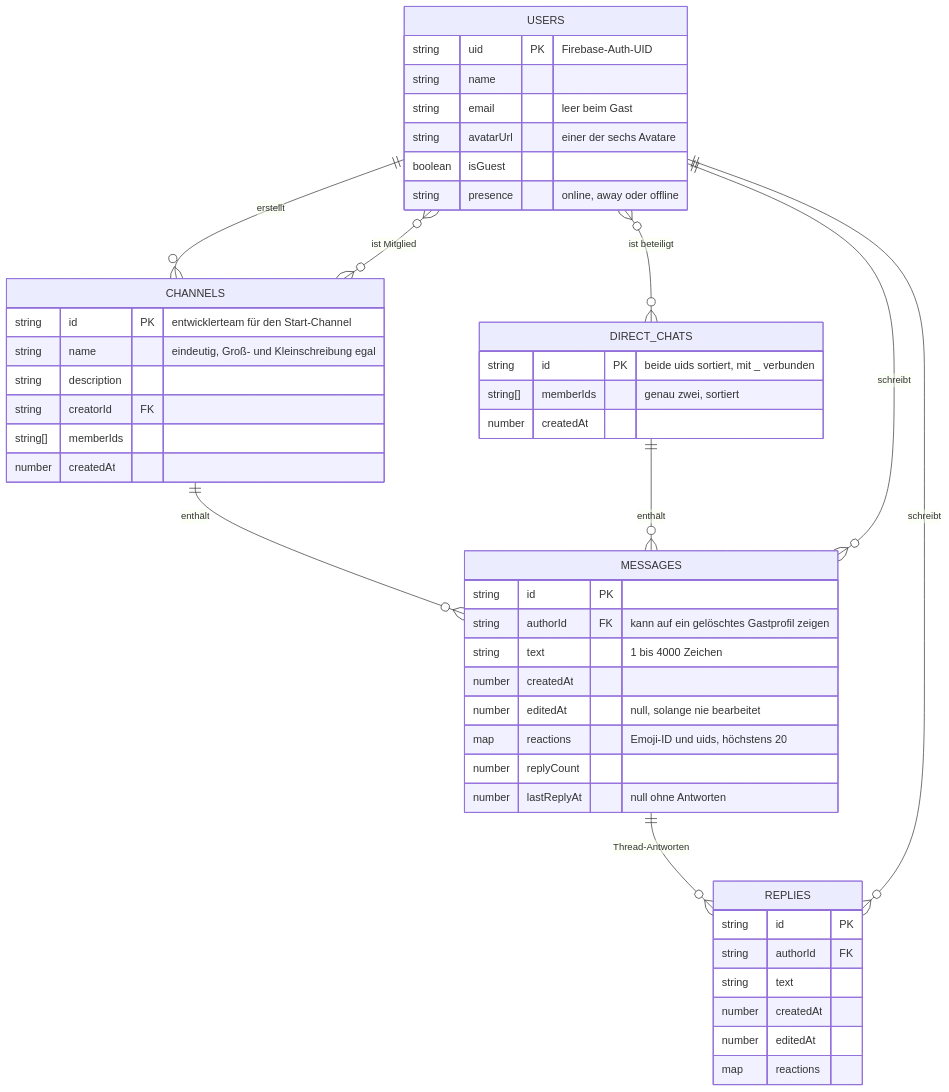
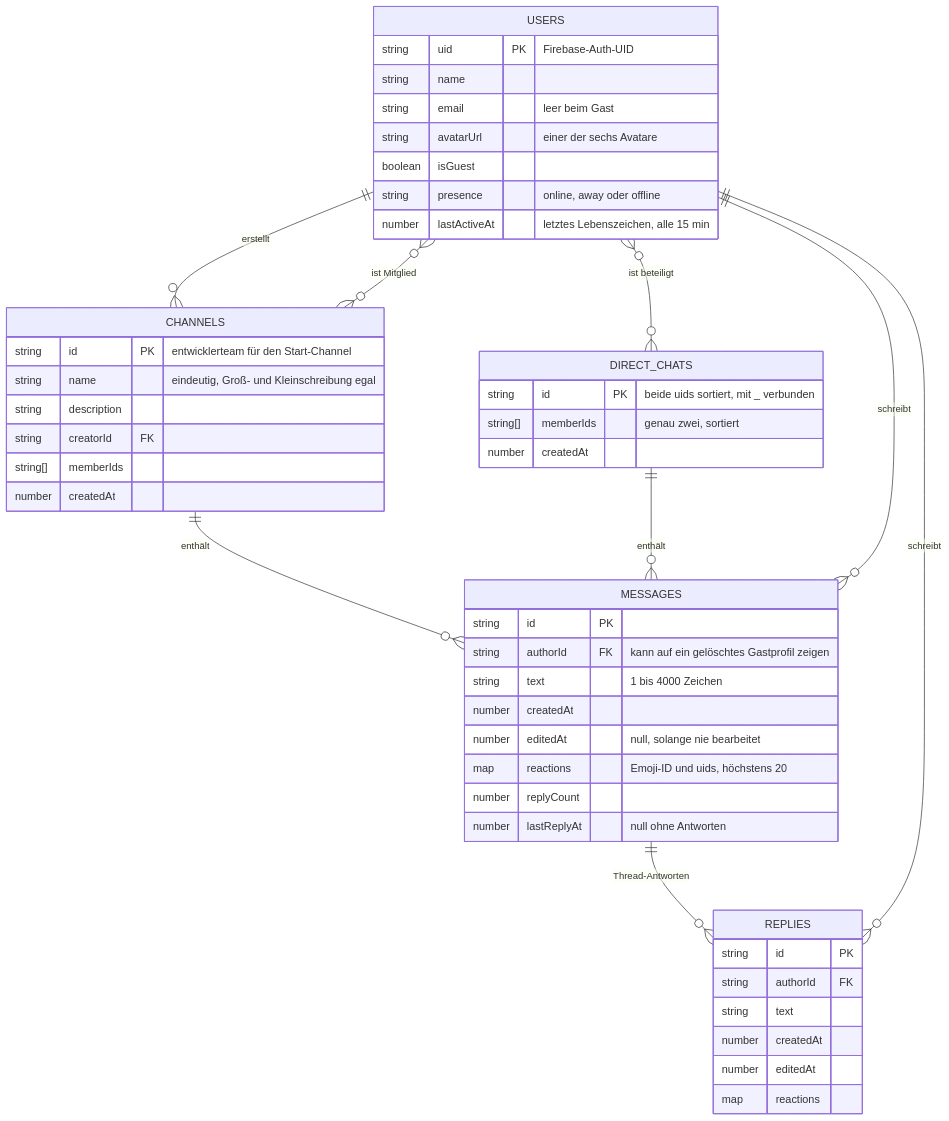
One commit to ttoebbe/dabubble changed the fifth of 7 diagrams in README.md. Above: the diagram before and after it, drawn with Mermaid. The commit also changed other lines of this file, not shown here.

````diff
--- a/README.md
+++ b/README.md
@@ -242,50 +248,51 @@
 ```mermaid
 erDiagram
   USERS {
     string uid PK "Firebase-Auth-UID"
     string name
     string email "leer beim Gast"
     string avatarUrl "einer der sechs Avatare"
     boolean isGuest
     string presence "online, away oder offline"
+    number lastActiveAt "letztes Lebenszeichen, alle 15 min"
   }
   CHANNELS {
     string id PK "entwicklerteam für den Start-Channel"
     string name "eindeutig, Groß- und Kleinschreibung egal"
     string description
     string creatorId FK
     string[] memberIds
     number createdAt
   }
   DIRECT_CHATS {
     string id PK "beide uids sortiert, mit _ verbunden"
     string[] memberIds "genau zwei, sortiert"
     number createdAt
   }
   MESSAGES {
     string id PK
     string authorId FK "kann auf ein gelöschtes Gastprofil zeigen"
     string text "1 bis 4000 Zeichen"
     number createdAt
     number editedAt "null, solange nie bearbeitet"
     map reactions "Emoji-ID und uids, höchstens 20"
     number replyCount
     number lastReplyAt "null ohne Antworten"
   }
   REPLIES {
     string id PK
     string authorId FK
     string text
     number createdAt
     number editedAt
     map reactions
   }
   USERS ||--o{ CHANNELS : "erstellt"
   USERS }o--o{ CHANNELS : "ist Mitglied"
   USERS }o--o{ DIRECT_CHATS : "ist beteiligt"
   CHANNELS ||--o{ MESSAGES : "enthält"
   DIRECT_CHATS ||--o{ MESSAGES : "enthält"
   MESSAGES ||--o{ REPLIES : "Thread-Antworten"
   USERS ||--o{ MESSAGES : "schreibt"
   USERS ||--o{ REPLIES : "schreibt"
 ```
````
